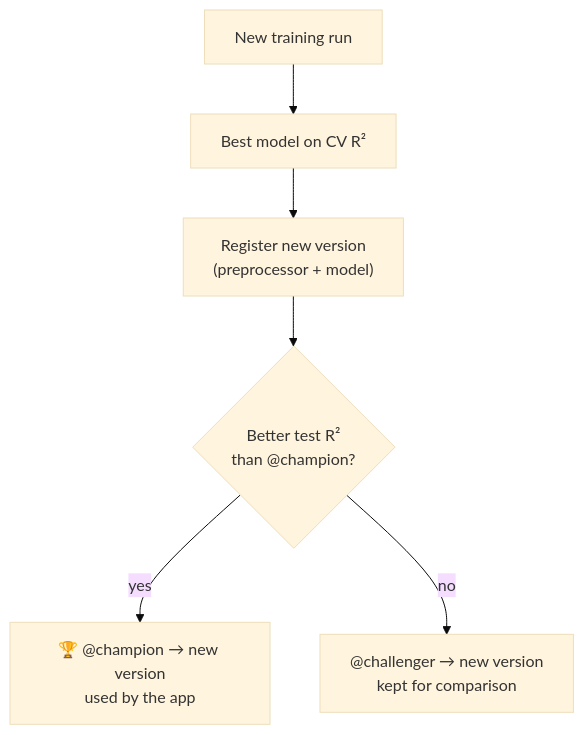
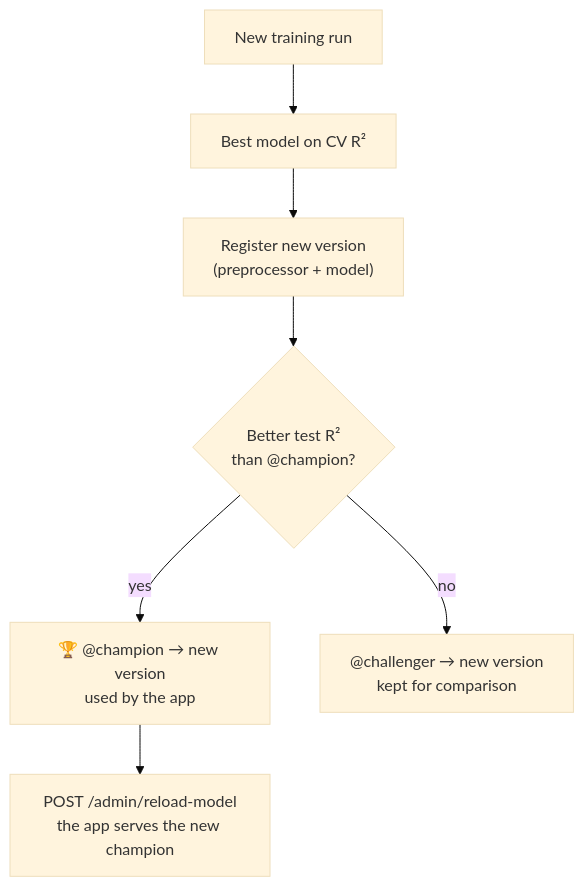
The third of 3 diagrams in README.md (mbarek2002/mlproject), drawn with Mermaid (base theme) before and after one commit. The commit also changed other lines of this file, not shown here.

Commit message:
document Databricks registry, configuration and hot reload in README

````diff
--- a/README.md
+++ b/README.md
@@ -147,8 +165,9 @@
 ```mermaid
 flowchart TD
     A["New training run"] --> B["Best model on CV R²"]
     B --> C["Register new version<br/>(preprocessor + model)"]
     C --> D{"Better test R²<br/>than @champion?"}
     D -- "yes" --> E["🏆 @champion → new version<br/>used by the app"]
     D -- "no" --> F["@challenger → new version<br/>kept for comparison"]
+    E --> G["POST /admin/reload-model<br/>the app serves the new champion"]
 ```
````
